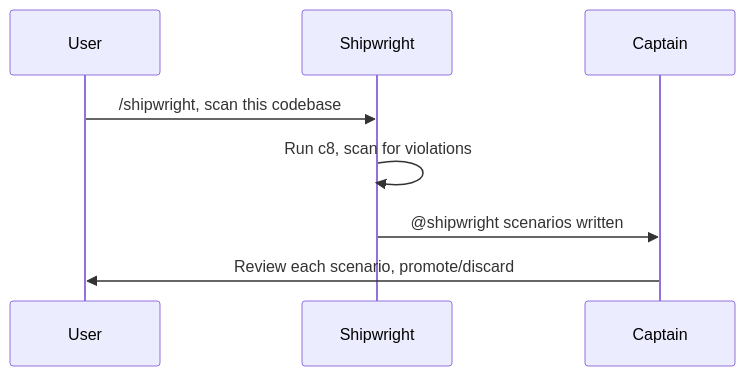
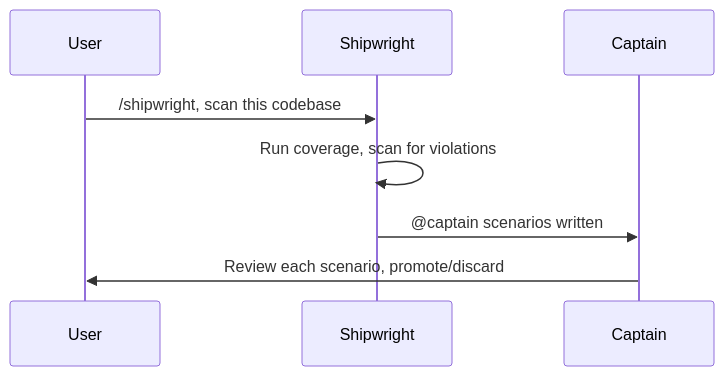
One commit to dmytri/shipshape changed the second of 2 diagrams in README.md. Above: the diagram before and after it, drawn with Mermaid. The commit also changed other lines of this file and 6 other files, not shown here.

````diff
--- a/README.md
+++ b/README.md
@@ -275,11 +281,11 @@
 ```mermaid
 sequenceDiagram
     participant User
     participant Shipwright
     participant Captain
 
     User->>Shipwright: /shipwright, scan this codebase
-    Shipwright->>Shipwright: Run c8, scan for violations
-    Shipwright->>Captain: @shipwright scenarios written
+    Shipwright->>Shipwright: Run coverage, scan for violations
+    Shipwright->>Captain: @captain scenarios written
     Captain->>User: Review each scenario, promote/discard
 ```
````
